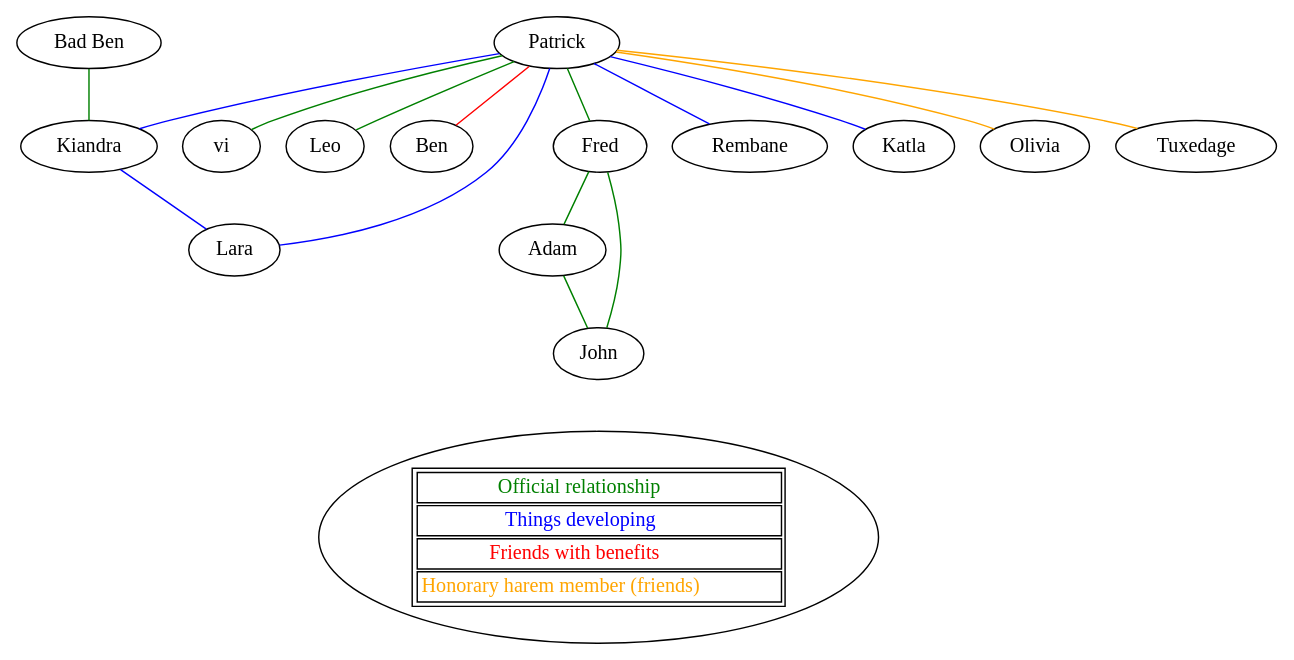
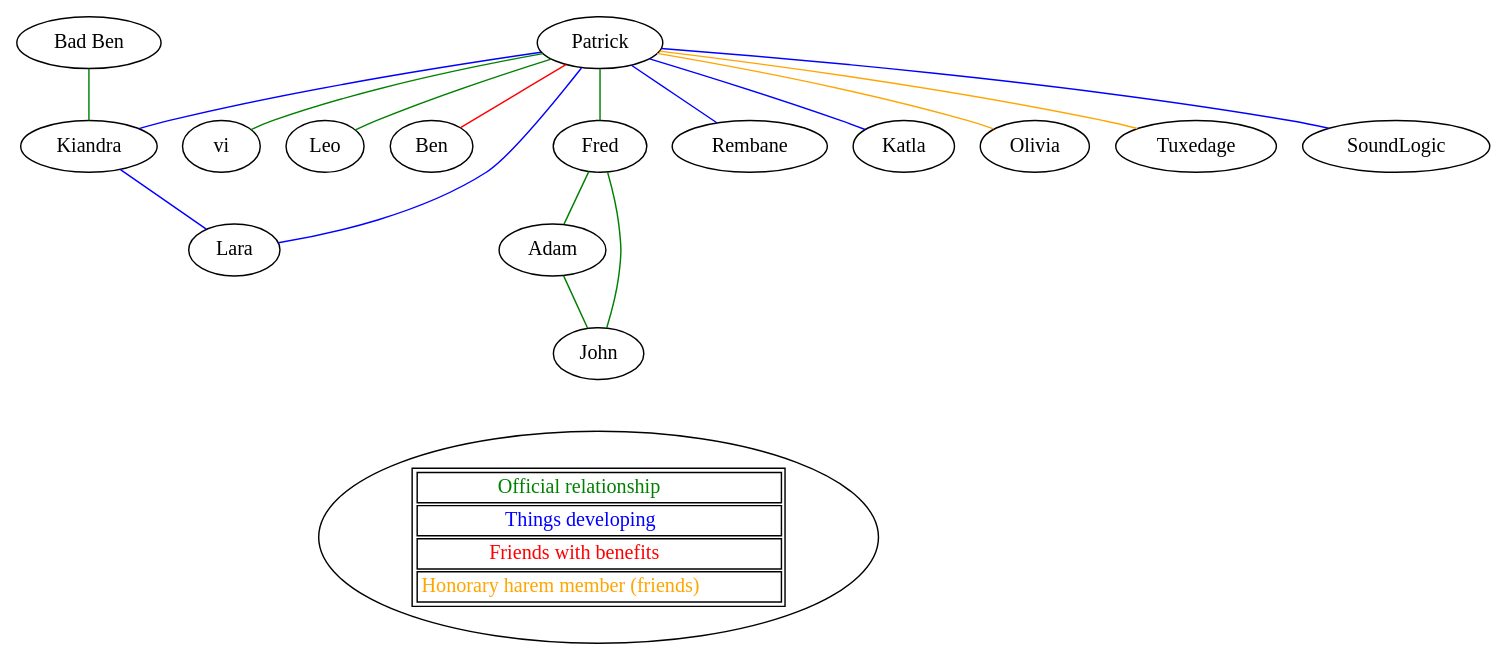
Before and after one commit to Cradam/polygraph: the diagram in harem.dot, drawn with Graphviz.

Commit message:
Added SoundLogic

```diff
--- a/harem.dot
+++ b/harem.dot
@@ -1,40 +1,42 @@
 graph harem {
   patrick [label="Patrick"]
   vi [label="vi"]
   patrick -- vi [color=green]
   leo [label="Leo"]
   patrick -- leo [color=green]
   ben [label="Ben"]
   patrick -- ben [color=red]
   kiandra [label="Kiandra"]
   patrick -- kiandra [color=blue]
   lara [label="Lara"]
   patrick -- lara [color=blue]
   kiandra -- lara [color=blue]
   badben [label="Bad Ben"]
   badben -- kiandra [color=green]
   fred [label="Fred"]
   patrick -- fred [color=green]
   adam [label="Adam"]
   john [label="John"]
   fred -- john [color=green]
   fred -- adam -- john [color=green]
   rembane [label="Rembane"]
   patrick -- rembane [color=blue]
   katla [label="Katla"]
   patrick -- katla [color=blue]
   olivia [label="Olivia"]
   patrick -- olivia [color=orange]
   tuxedage [label="Tuxedage"]
   patrick -- tuxedage [color=orange]
+  soundlogic [label="SoundLogic"]
+  patrick -- soundlogic [color=blue]
   { rank = sink;
     Legend [label=<
       <table>
         <tr><td><font color="green">Official relationship</font></td></tr>
         <tr><td><font color="blue">Things developing</font></td></tr>
         <tr><td><font color="red">Friends with benefits</font></td></tr>
         <tr><td><font color="orange">Honorary harem member (friends)</font></td></tr>
       </table>
     >];
   }
 }
```
